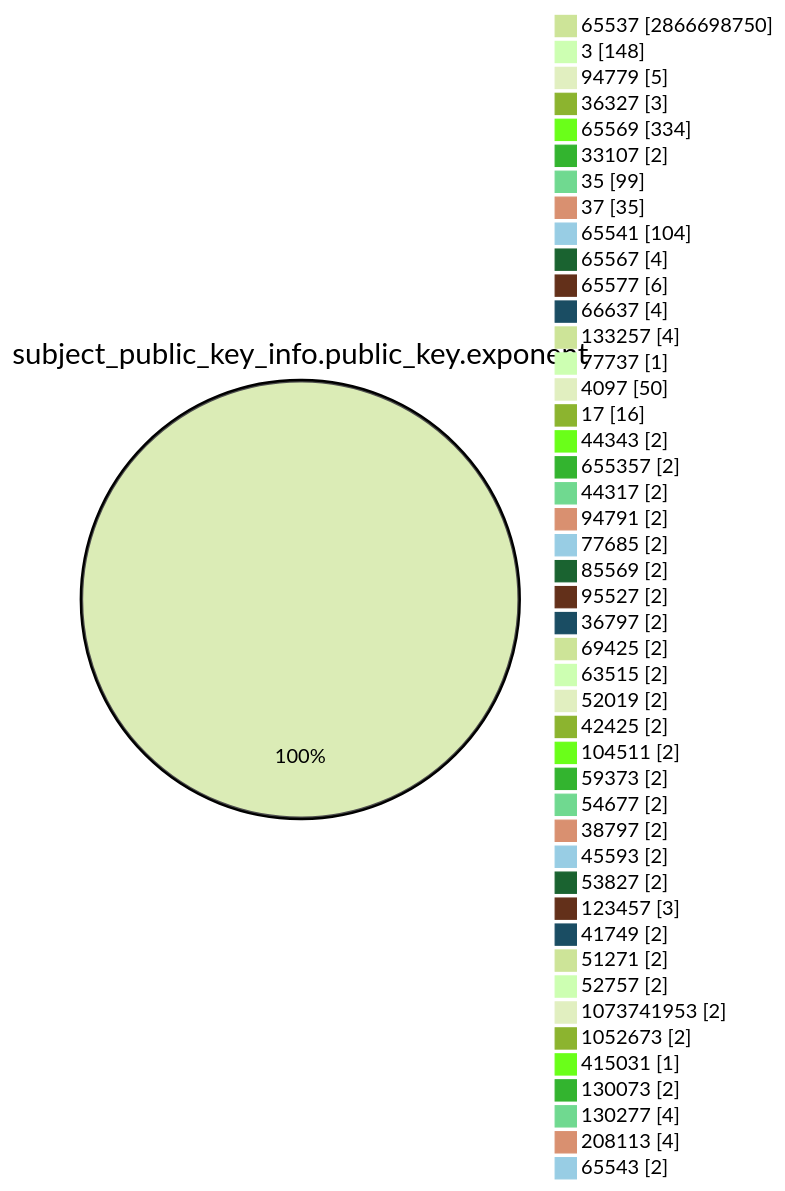
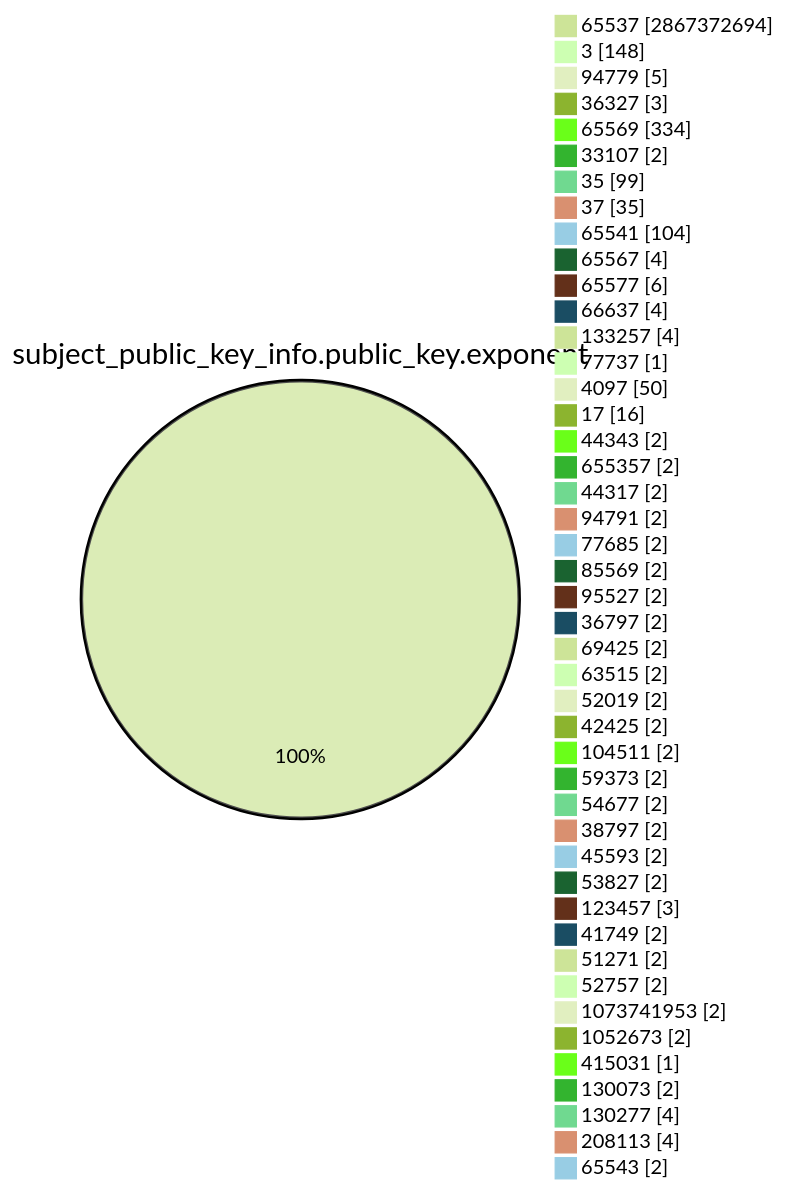
Before and after one commit to christiankrug/ctmonitor_visualization: the fourth of 15 diagrams in TOTAL/README.md, drawn with Mermaid (forest theme). The commit also changed other lines of this file, not shown here.

````diff
--- a/TOTAL/README.md
+++ b/TOTAL/README.md
@@ -1468,49 +1468,49 @@
 ```mermaid
 pie showData
 title subject_public_key_info.public_key.exponent
-"65537" :2866698750
+"65537" :2867372694
 "3" :148
 "94779" :5
 "36327" :3
 "65569" :334
 "33107" :2
 "35" :99
 "37" :35
 "65541" :104
 "65567" :4
 "65577" :6
 "66637" :4
 "133257" :4
 "77737" :1
 "4097" :50
 "17" :16
 "44343" :2
 "655357" :2
 "44317" :2
 "94791" :2
 "77685" :2
 "85569" :2
 "95527" :2
 "36797" :2
 "69425" :2
 "63515" :2
 "52019" :2
 "42425" :2
 "104511" :2
 "59373" :2
 "54677" :2
 "38797" :2
 "45593" :2
 "53827" :2
 "123457" :3
 "41749" :2
 "51271" :2
 "52757" :2
 "1073741953" :2
 "1052673" :2
 "415031" :1
 "130073" :2
 "130277" :4
 "208113" :4
 "65543" :2
 ```
````
